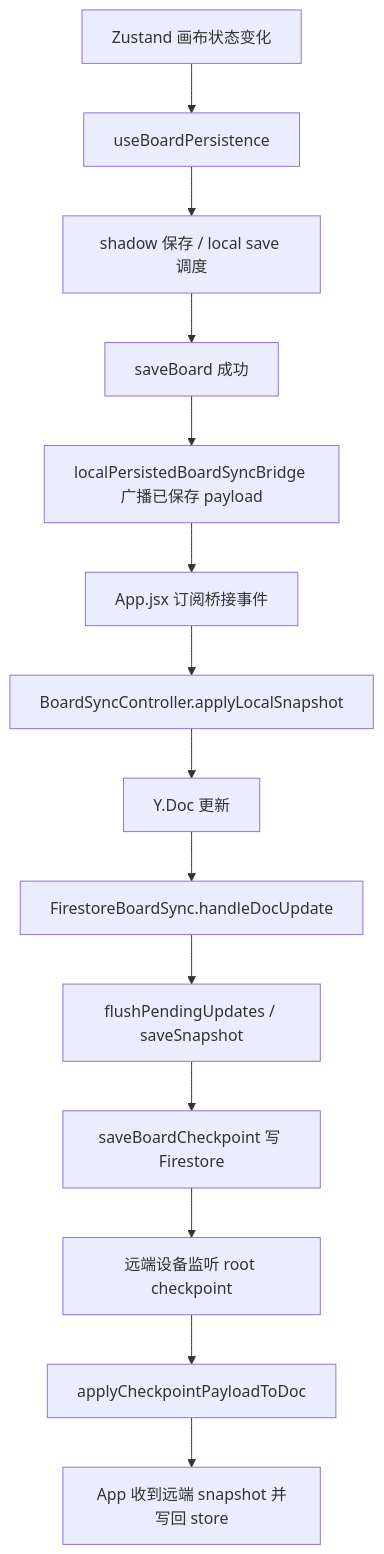
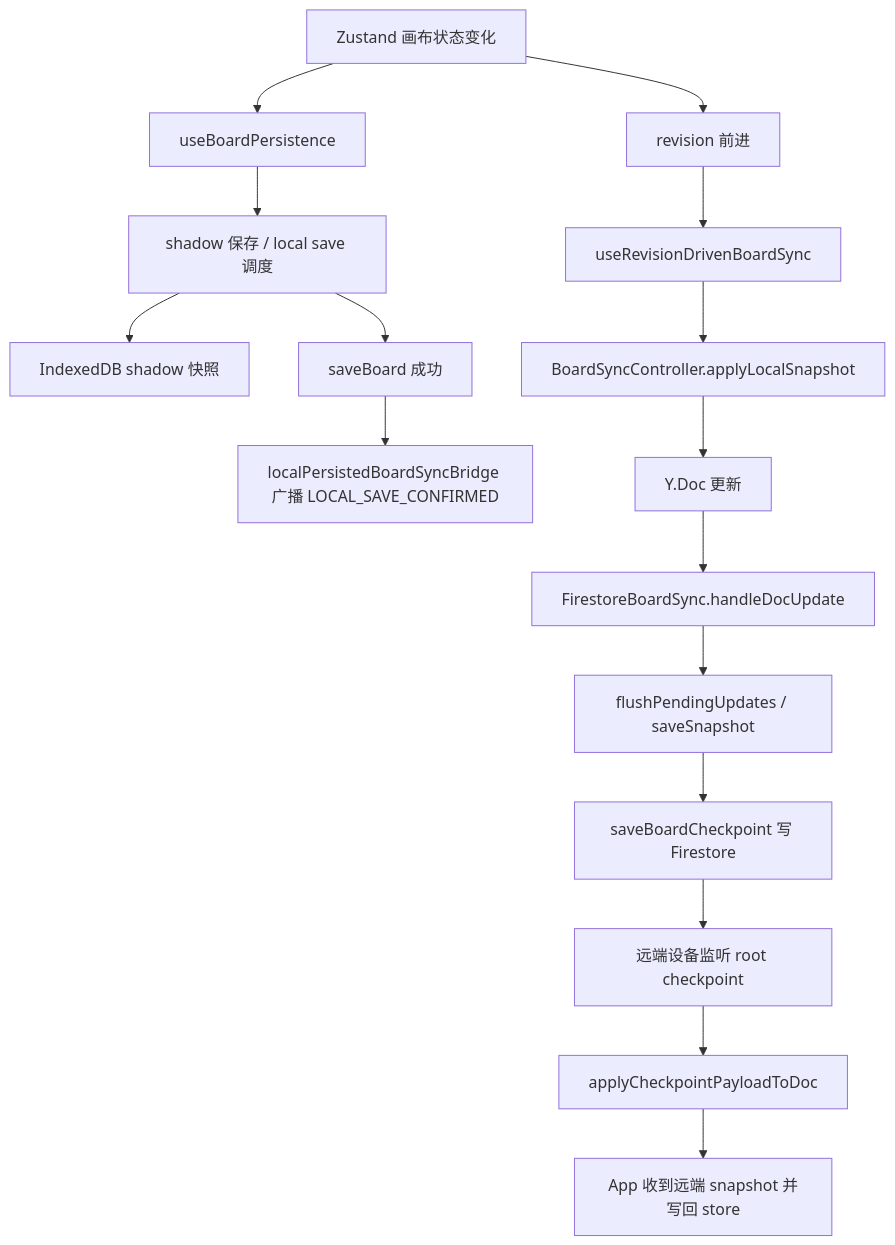
Before and after one commit to sorrow233/nexmap: the diagram in docs/technical/BOARD_SYNC_CURRENT_LOGIC_ZH.md, drawn with Mermaid. The commit also changed other lines of this file and 5 other files, not shown here.

````diff
--- a/docs/technical/BOARD_SYNC_CURRENT_LOGIC_ZH.md
+++ b/docs/technical/BOARD_SYNC_CURRENT_LOGIC_ZH.md
@@ -80,16 +81,18 @@
 ```mermaid
 flowchart TD
     A["Zustand 画布状态变化"] --> B["useBoardPersistence"]
     B --> C["shadow 保存 / local save 调度"]
-    C --> D["saveBoard 成功"]
-    D --> E["localPersistedBoardSyncBridge 广播已保存 payload"]
-    E --> F["App.jsx 订阅桥接事件"]
-    F --> G["BoardSyncController.applyLocalSnapshot"]
-    G --> H["Y.Doc 更新"]
-    H --> I["FirestoreBoardSync.handleDocUpdate"]
-    I --> J["flushPendingUpdates / saveSnapshot"]
-    J --> K["saveBoardCheckpoint 写 Firestore"]
-    K --> L["远端设备监听 root checkpoint"]
-    L --> M["applyCheckpointPayloadToDoc"]
-    M --> N["App 收到远端 snapshot 并写回 store"]
+    C --> D["IndexedDB shadow 快照"]
+    C --> E["saveBoard 成功"]
+    A --> F["revision 前进"]
+    F --> G["useRevisionDrivenBoardSync"]
+    G --> H["BoardSyncController.applyLocalSnapshot"]
+    H --> I["Y.Doc 更新"]
+    I --> J["FirestoreBoardSync.handleDocUpdate"]
+    J --> K["flushPendingUpdates / saveSnapshot"]
+    K --> L["saveBoardCheckpoint 写 Firestore"]
+    E --> M["localPersistedBoardSyncBridge 广播 LOCAL_SAVE_CONFIRMED"]
+    L --> N["远端设备监听 root checkpoint"]
+    N --> O["applyCheckpointPayloadToDoc"]
+    O --> P["App 收到远端 snapshot 并写回 store"]
 ```
````
